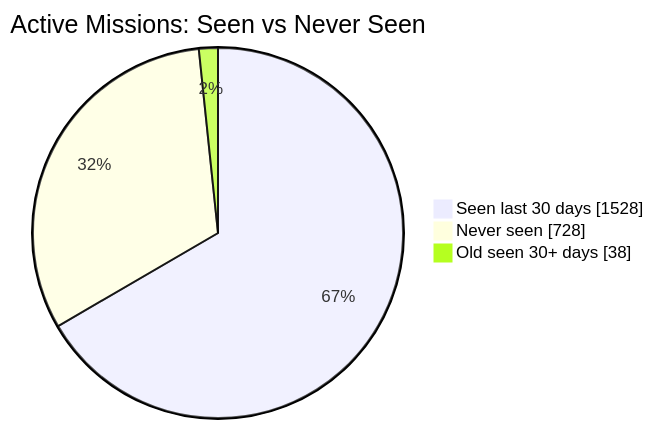
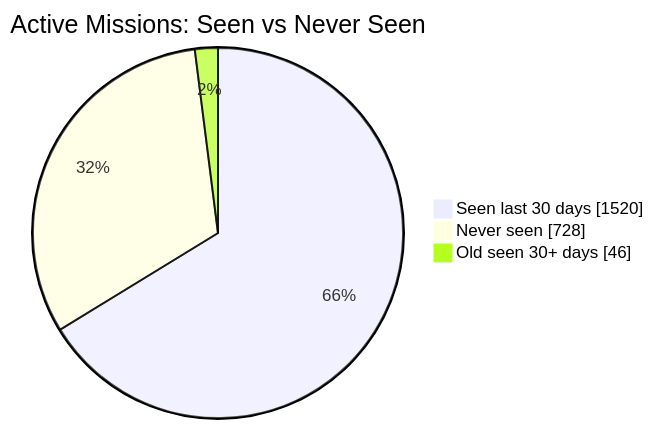
Before and after one commit to MeldkamerspelGameTeam/active-missions: the first of 2 diagrams in README.md, drawn with Mermaid. The commit also changed other lines of this file and 3 other files, not shown here.

````diff
--- a/README.md
+++ b/README.md
@@ -34,7 +34,7 @@
 ```mermaid
 pie showData
     title Active Missions: Seen vs Never Seen
-    "Seen last 30 days" : 1528
+    "Seen last 30 days" : 1520
     "Never seen" : 728
-    "Old seen 30+ days" : 38
+    "Old seen 30+ days" : 46
 ```
````
